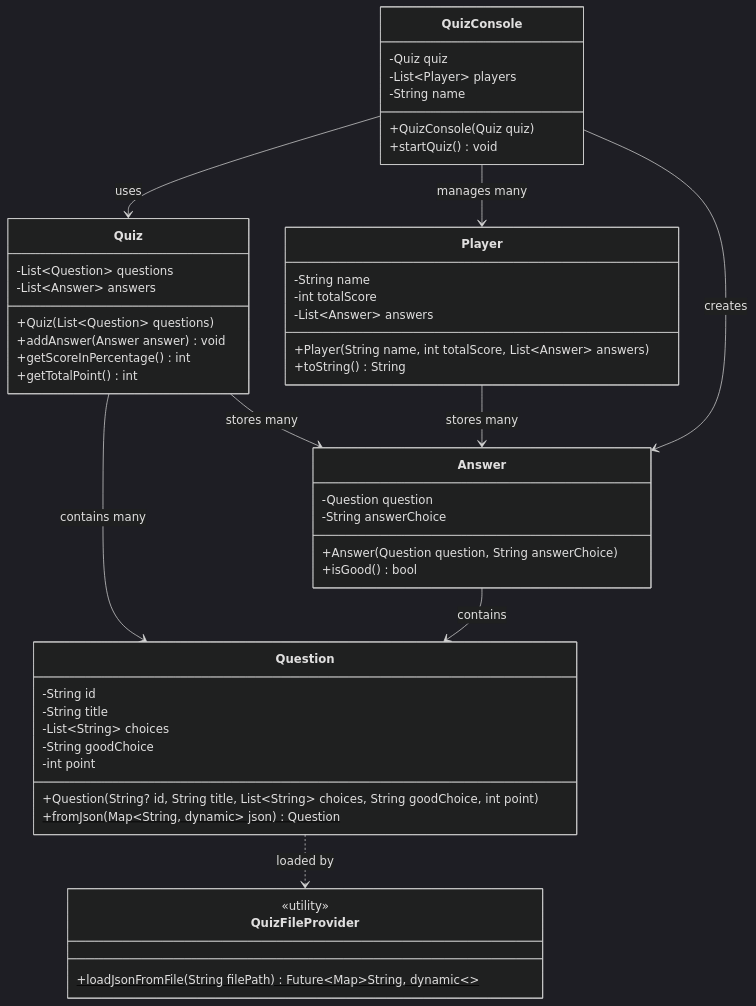
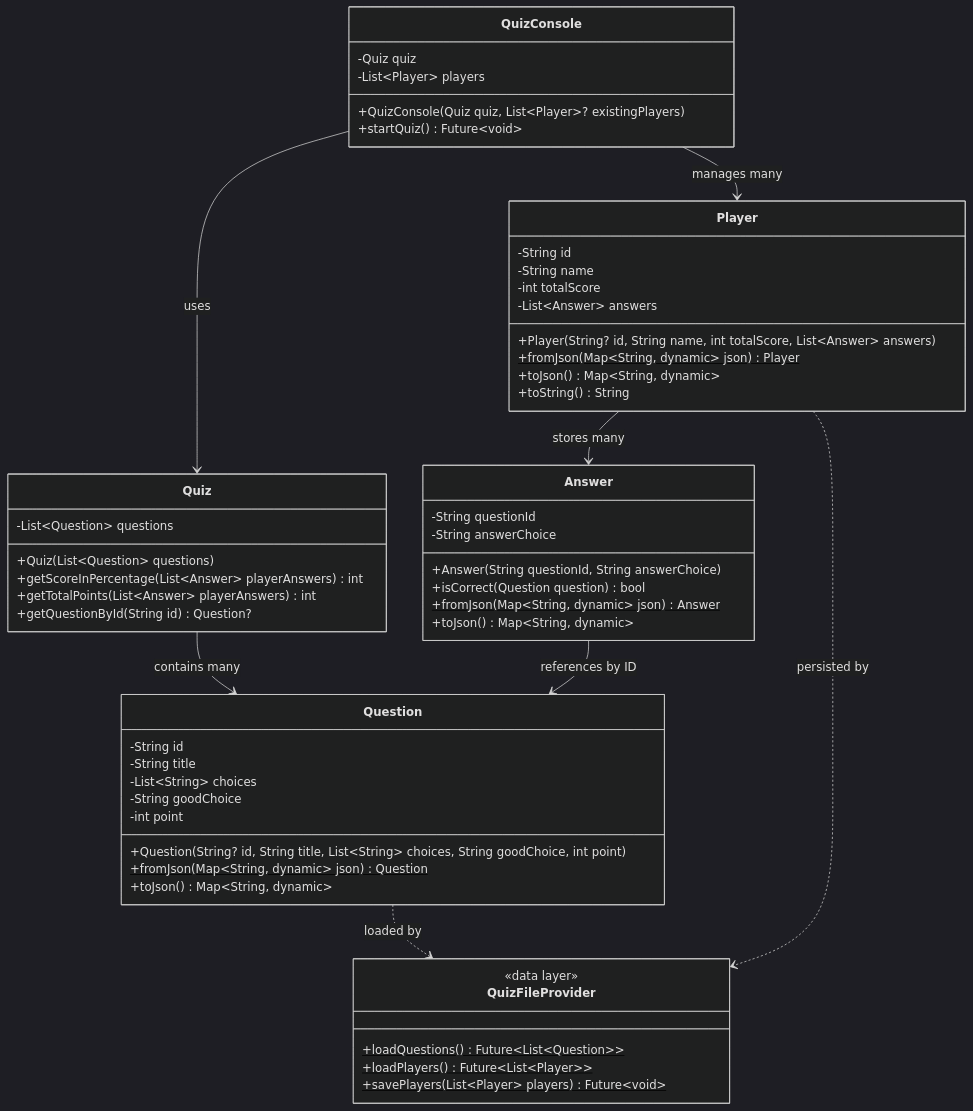
One commit to LK-Hour/Quiz changed the diagram in README.md. Above: the diagram before and after it, drawn with Mermaid (dark theme). The commit also changed other lines of this file and 11 other files, not shown here.

````diff
--- a/README.md
+++ b/README.md
@@ -33,58 +35,63 @@
 ```mermaid
 classDiagram
     class Question {
         -String id
         -String title
         -List~String~ choices
         -String goodChoice
         -int point
         +Question(String? id, String title, List~String~ choices, String goodChoice, int point)
         +fromJson(Map~String, dynamic~ json)$ Question
+        +toJson() Map~String, dynamic~
     }
 
     class Answer {
-        -Question question
+        -String questionId
         -String answerChoice
-        +Answer(Question question, String answerChoice)
-        +isGood() bool
+        +Answer(String questionId, String answerChoice)
+        +isCorrect(Question question) bool
+        +fromJson(Map~String, dynamic~ json)$ Answer
+        +toJson() Map~String, dynamic~
     }
 
     class Quiz {
         -List~Question~ questions
-        -List~Answer~ answers
         +Quiz(List~Question~ questions)
-        +addAnswer(Answer answer) void
-        +getScoreInPercentage() int
-        +getTotalPoint() int
+        +getScoreInPercentage(List~Answer~ playerAnswers) int
+        +getTotalPoints(List~Answer~ playerAnswers) int
+        +getQuestionById(String id) Question?
     }
 
     class Player {
+        -String id
         -String name
         -int totalScore
         -List~Answer~ answers
-        +Player(String name, int totalScore, List~Answer~ answers)
+        +Player(String? id, String name, int totalScore, List~Answer~ answers)
+        +fromJson(Map~String, dynamic~ json)$ Player
+        +toJson() Map~String, dynamic~
         +toString() String
     }
 
     class QuizConsole {
         -Quiz quiz
         -List~Player~ players
-        -String name
-        +QuizConsole(Quiz quiz)
-        +startQuiz() void
+        +QuizConsole(Quiz quiz, List~Player~? existingPlayers)
+        +startQuiz() Future~void~
     }
 
     class QuizFileProvider {
-        <<utility>>
-        +loadJsonFromFile(String filePath)$ Future~Map~String, dynamic~~
+        <<data layer>>
+        +loadQuestions()$ Future~List~Question~~
+        +loadPlayers()$ Future~List~Player~~
+        +savePlayers(List~Player~ players)$ Future~void~
     }
 
-    Answer --> Question : contains
+    Answer --> Question : references by ID
     Quiz --> Question : contains many
-    Quiz --> Answer : stores many
     QuizConsole --> Quiz : uses
     QuizConsole --> Player : manages many
-    QuizConsole --> Answer : creates
     Player --> Answer : stores many
     Question ..> QuizFileProvider : loaded by
+    Player ..> QuizFileProvider : persisted by
 ```
````
